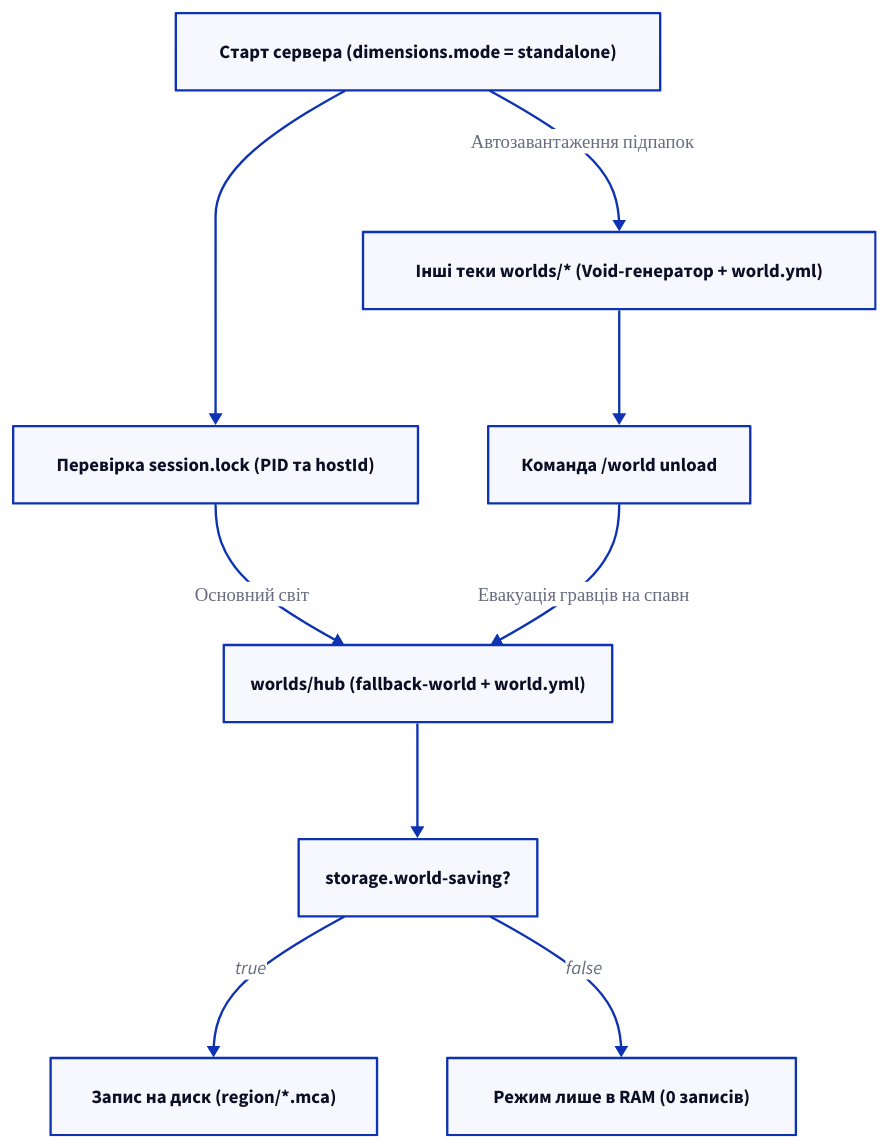
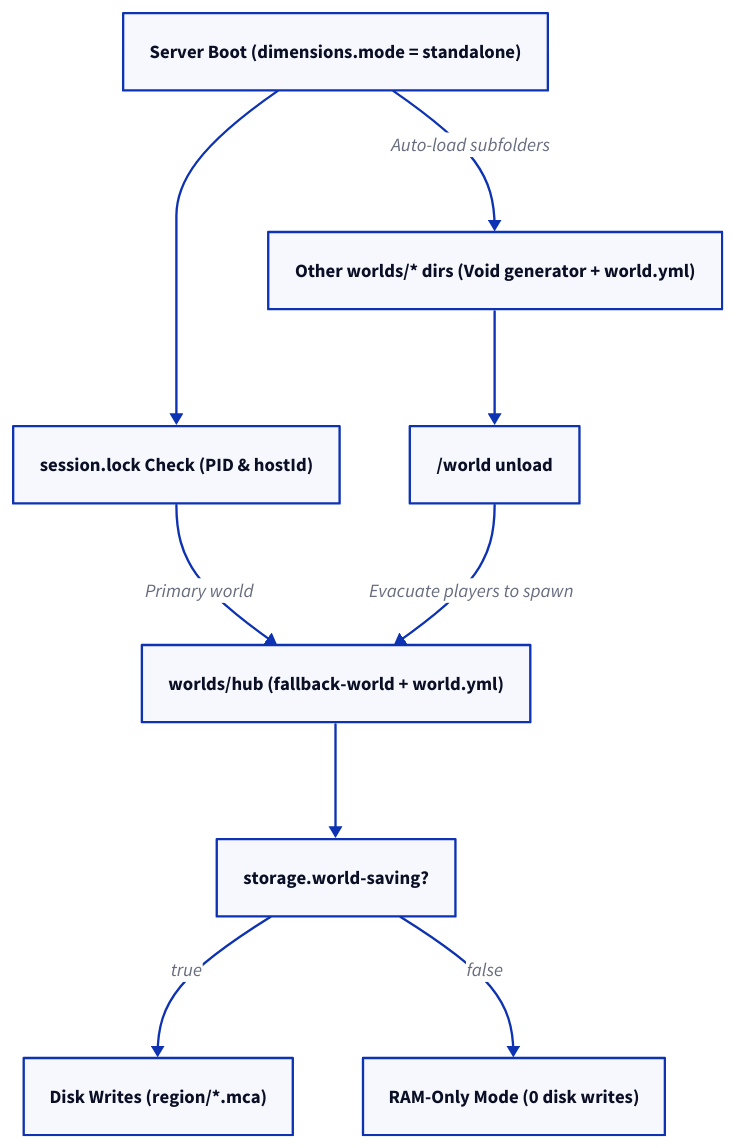
The diagram in src/content/docs/worlds/standalone-mode.md (ApisMC/apismc.github.io), drawn with D2 before and after one commit. The commit also changed other lines of this file and 49 other files, not shown here.

````diff
--- a/src/content/docs/worlds/standalone-mode.md
+++ b/src/content/docs/worlds/standalone-mode.md
@@ -12,21 +12,21 @@
-```d2 title="Архітектура керування світами у режимі standalone"
+```d2 title="Standalone World Management Architecture"
 direction: down
 
-boot: "Старт сервера (dimensions.mode = standalone)"
-lock: "Перевірка session.lock (PID та hostId)"
+boot: "Server Boot (dimensions.mode = standalone)"
+lock: "session.lock Check (PID & hostId)"
 hub: "worlds/hub (fallback-world + world.yml)"
-extra: "Інші теки worlds/* (Void-генератор + world.yml)"
-unload: "Команда /world unload"
+extra: "Other worlds/* dirs (Void generator + world.yml)"
+unload: "/world unload"
 save: "storage.world-saving?"
-disk: "Запис на диск (region/*.mca)"
-ram: "Режим лише в RAM (0 записів)"
+disk: "Disk Writes (region/*.mca)"
+ram: "RAM-Only Mode (0 disk writes)"
 
 boot -> lock
-lock -> hub: "Основний світ"
-boot -> extra: "Автозавантаження підпапок"
+lock -> hub: "Primary world"
+boot -> extra: "Auto-load subfolders"
 extra -> unload
-unload -> hub: "Евакуація гравців на спавн"
+unload -> hub: "Evacuate players to spawn"
 hub -> save
 save -> disk: "true"
 save -> ram: "false"
 ```
````
